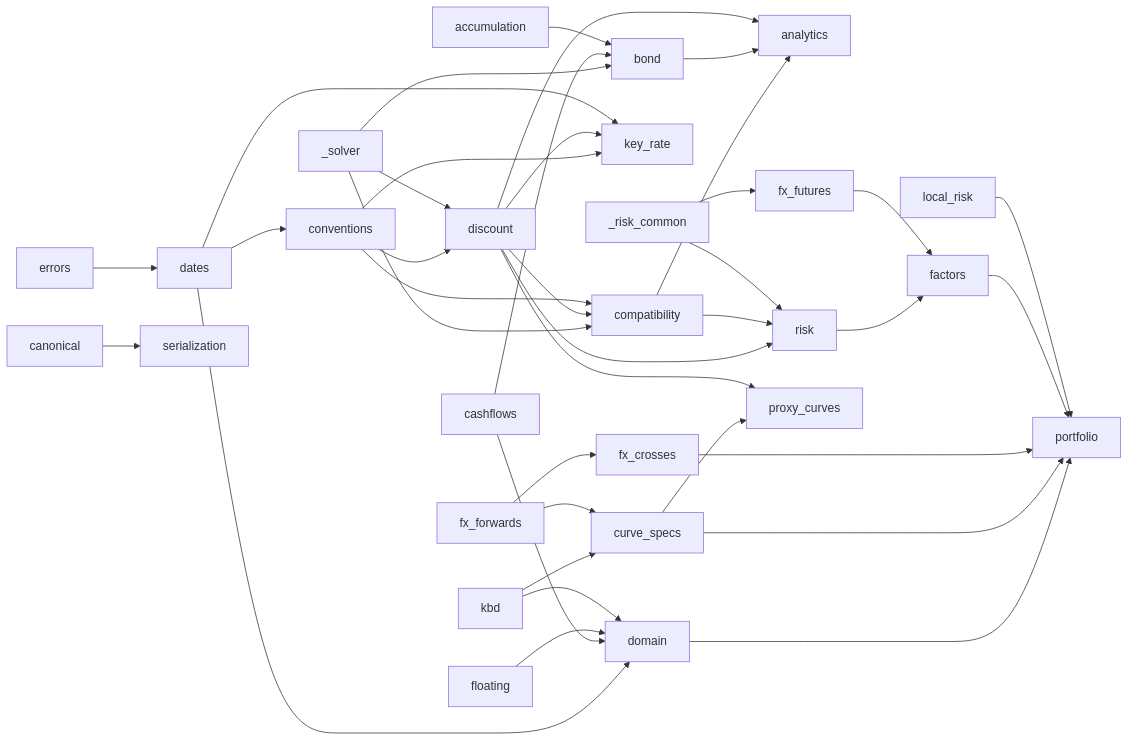
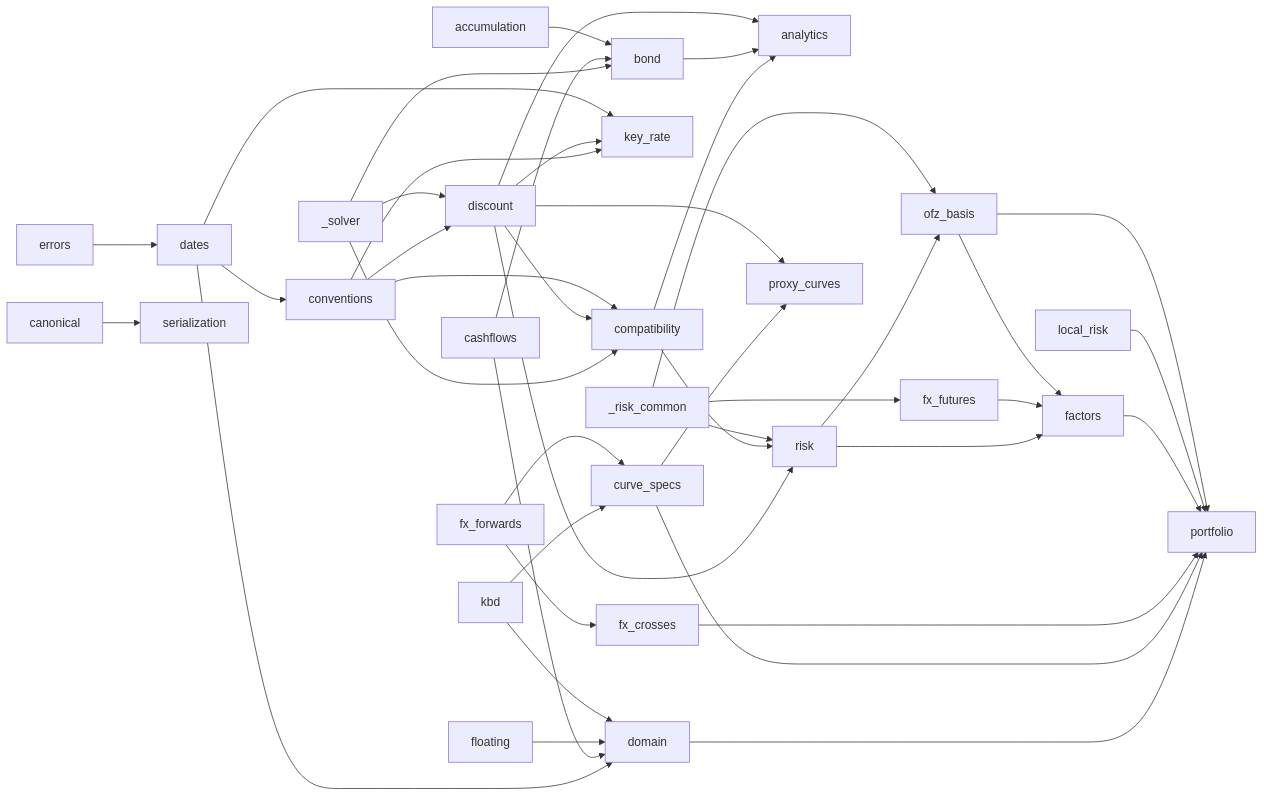
The diagram in docs/ARCHITECTURE.md (FlyingScotman/rub-fixed-income-core), drawn with Mermaid before and after one commit. The commit also changed other lines of this file and 8 other files, not shown here.

First line of the commit message:
docs, bench: RUONIA + basis view of OFZ (issue #83)

````diff
--- a/docs/ARCHITECTURE.md
+++ b/docs/ARCHITECTURE.md
@@ -58,40 +59,44 @@
 ```mermaid
 graph LR
   dates --> conventions
   conventions --> discount
   _solver --> discount
   _solver --> bond
   _solver --> compatibility
   cashflows --> bond
   accumulation --> bond
   discount --> compatibility
   conventions --> compatibility
   compatibility --> analytics
   bond --> analytics
   discount --> analytics
   conventions --> key_rate
   discount --> key_rate
   dates --> key_rate
   discount --> risk
   compatibility --> risk
   _risk_common --> risk
   _risk_common --> fx_futures
   canonical --> serialization
   errors --> dates
   dates --> domain
   cashflows --> domain
   floating --> domain
   kbd --> domain
   kbd --> curve_specs
   risk --> factors
   fx_futures --> factors
   domain --> portfolio
   curve_specs --> portfolio
   curve_specs --> proxy_curves
   fx_forwards --> curve_specs
   fx_forwards --> fx_crosses
   fx_crosses --> portfolio
   discount --> proxy_curves
   factors --> portfolio
   local_risk --> portfolio
+  risk --> ofz_basis
+  _risk_common --> ofz_basis
+  ofz_basis --> factors
+  ofz_basis --> portfolio
 ```
````
